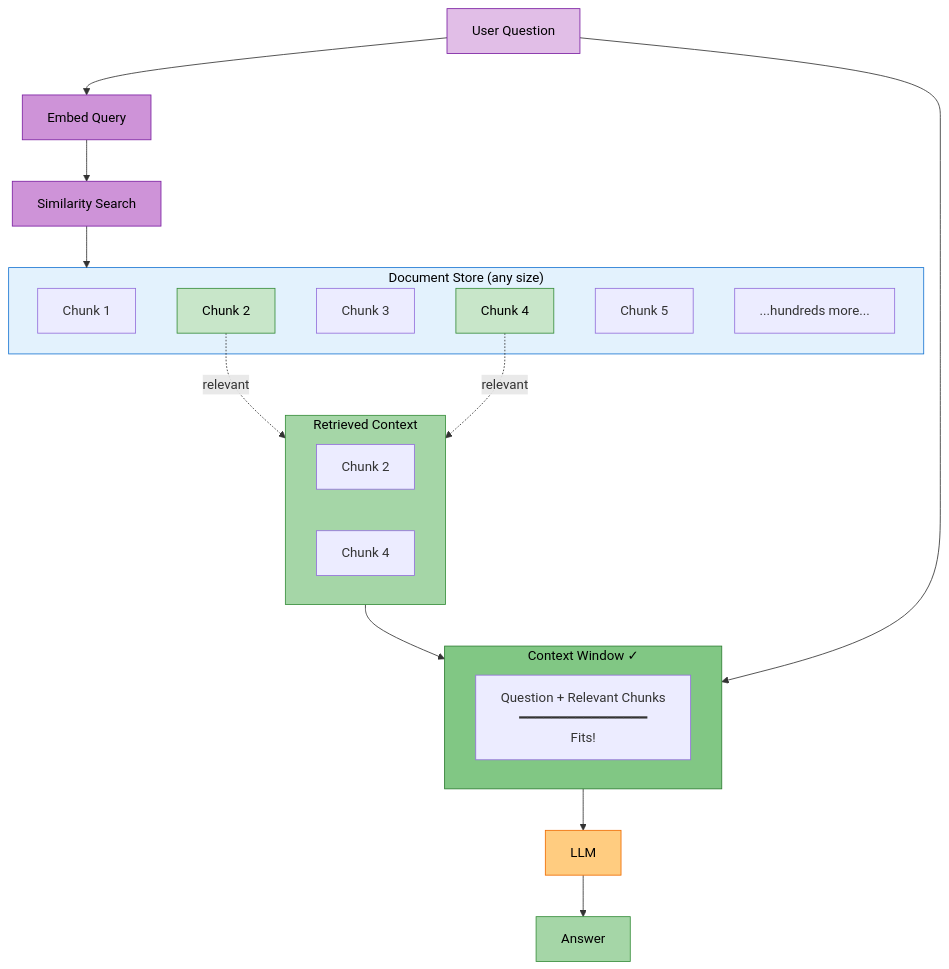
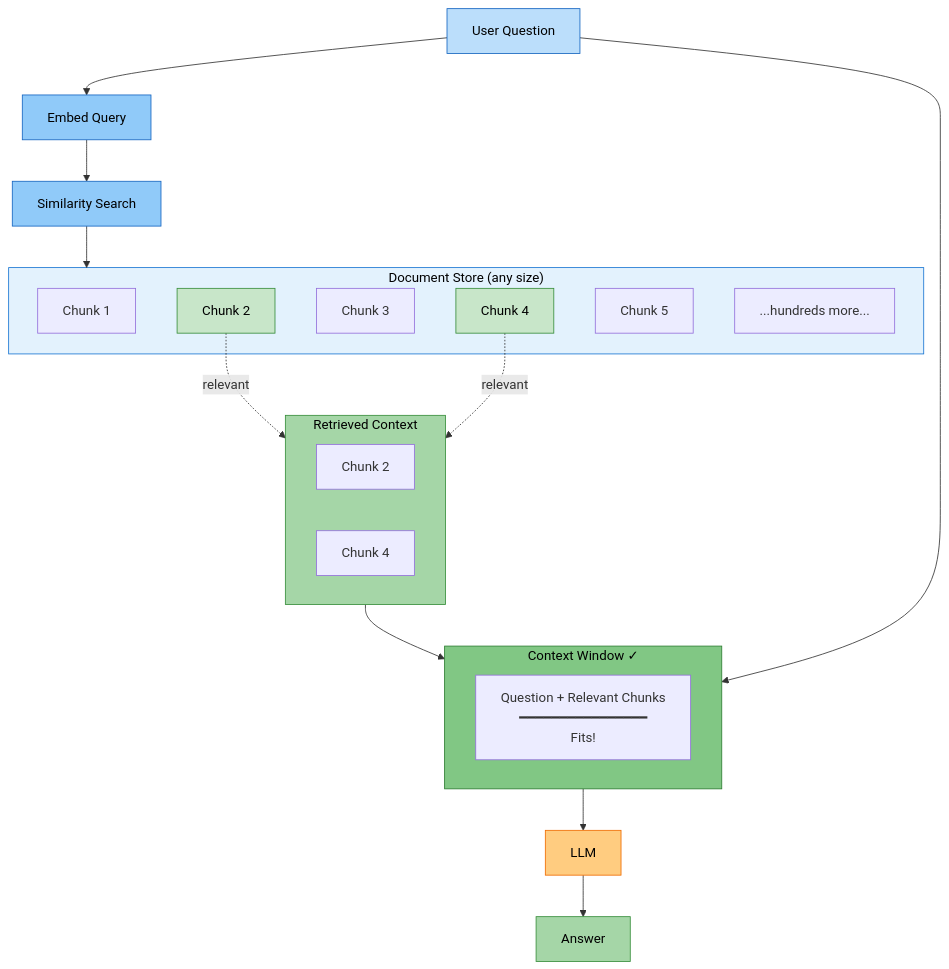
One commit to kousen/ragdemo changed the fifth of 8 diagrams in diagrams/context-window-diagrams.md. Above: the diagram before and after it, drawn with Mermaid. The commit also changed other lines of this file and 5 other files, not shown here.

Commit message:
Enhance teaching docs, script pacing, and diagram set

````diff
--- a/diagrams/context-window-diagrams.md
+++ b/diagrams/context-window-diagrams.md
@@ -85,42 +92,42 @@
 ```mermaid
 flowchart TB
     subgraph docs["Document Store (any size)"]
         D1["Chunk 1"]
         D2["Chunk 2"]
         D3["Chunk 3"]
         D4["Chunk 4"]
         D5["Chunk 5"]
         D6["...hundreds more..."]
     end
 
     Q["User Question"] --> E["Embed Query"]
     E --> S["Similarity Search"]
     S --> docs
 
     D2 -.->|"relevant"| R
     D4 -.->|"relevant"| R
 
     subgraph R["Retrieved Context"]
         RC1["Chunk 2"]
         RC2["Chunk 4"]
     end
 
     subgraph window["Context Window ✓"]
         P["Question + Relevant Chunks<br/>━━━━━━━━━━━━━━━━<br/>Fits!"]
     end
 
     R --> window
     Q --> window
     window --> LLM["LLM"] --> A["Answer"]
 
     style docs fill:#e3f2fd,stroke:#1976d2,color:#000
     style D2 fill:#c8e6c9,stroke:#388e3c,color:#000
     style D4 fill:#c8e6c9,stroke:#388e3c,color:#000
     style R fill:#a5d6a7,stroke:#388e3c,color:#000
     style window fill:#81c784,stroke:#2e7d32,color:#000
-    style Q fill:#e1bee7,stroke:#7b1fa2,color:#000
-    style E fill:#ce93d8,stroke:#7b1fa2,color:#000
-    style S fill:#ce93d8,stroke:#7b1fa2,color:#000
+    style Q fill:#bbdefb,stroke:#1565c0,color:#000
+    style E fill:#90caf9,stroke:#1565c0,color:#000
+    style S fill:#90caf9,stroke:#1565c0,color:#000
     style LLM fill:#ffcc80,stroke:#ef6c00,color:#000
     style A fill:#a5d6a7,stroke:#388e3c,color:#000
 ```
````
